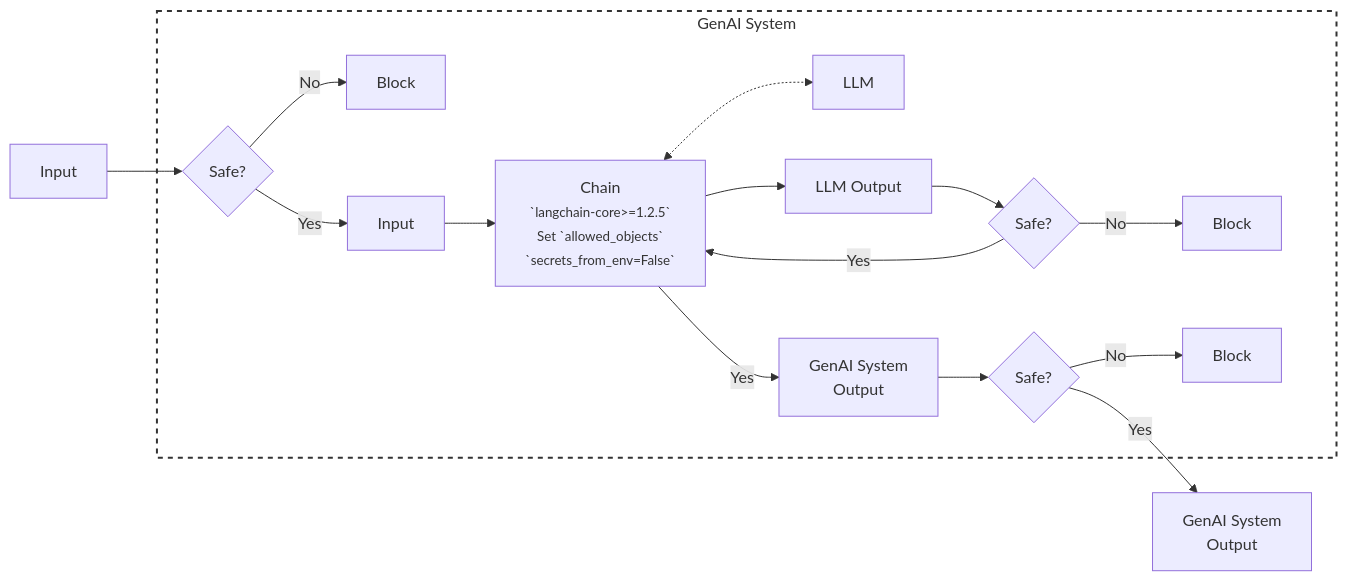
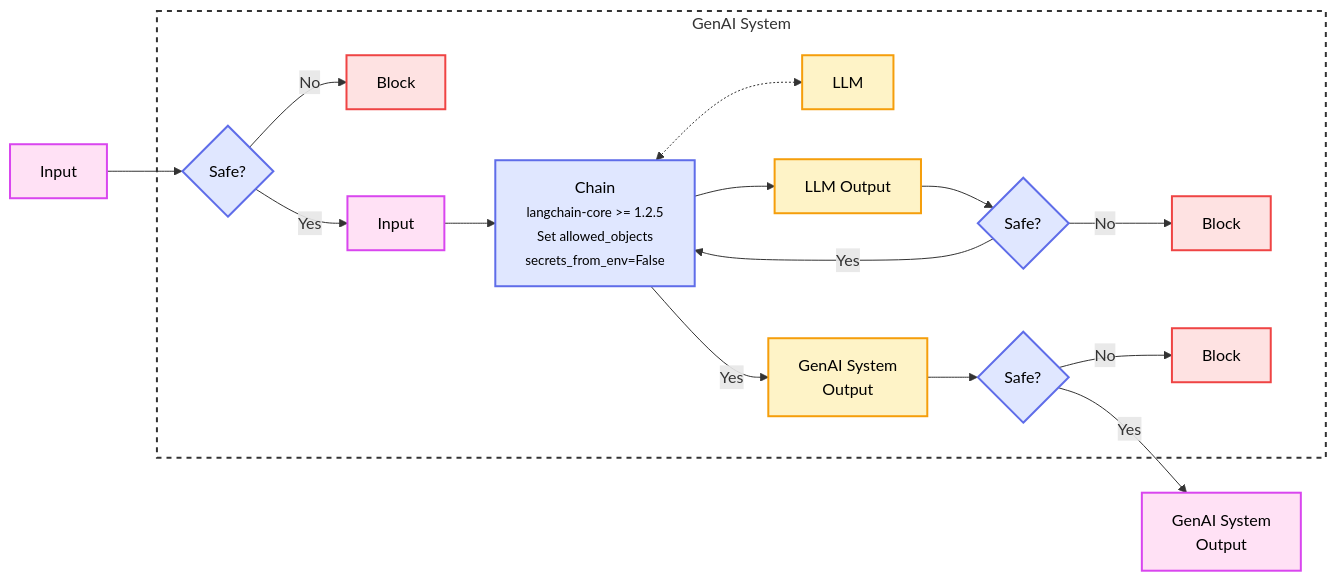
One commit to felipepenha/gurple changed the second of 2 diagrams in docs/threats/prompt_injection/deserialization.md. Above: the diagram before and after it, drawn with Mermaid. The commit also changed other lines of this file and 5 other files, not shown here.

Commit message:
style(threats): standardize mermaid diagrams and font styling

````diff
--- a/docs/threats/prompt_injection/deserialization.md
+++ b/docs/threats/prompt_injection/deserialization.md
@@ -312,42 +319,52 @@
 ```mermaid
 flowchart LR
 
-    InputA[Input]
+    InputA["Input"]
 
-    subgraph dashed_box [GenAI System]
-    Chain[Chain<br /><small>`langchain-core>=1.2.5`<br/ >Set `allowed_objects`<br />`secrets_from_env=False`</small>]
+    subgraph dashed_box ["GenAI System"]
+    Chain["<span style='color:#000'>Chain</span><br /><small style='color:#000'>langchain-core &gt;= 1.2.5<br />Set allowed_objects<br />secrets_from_env=False</small>"]
 
-    InputValidation{Safe?}
-    BlockInput[Block]
-    LLM[LLM]
-    InputB[Input]
-    LLMOutput[LLM Output]
-    LLMOutputValidation{Safe?}
-    BlockLLMOutput[Block]
-    AIOutput[GenAI System<br />Output]
-    AIOutputValidation{Safe?}
-    BlockAIOutput[Block]
+    InputValidation{"Safe?"}
+    BlockInput["Block"]
+    LLM["LLM"]
+    InputB["Input"]
+    LLMOutput["LLM Output"]
+    LLMOutputValidation{"Safe?"}
+    BlockLLMOutput["Block"]
+    AIOutput["<span style='color:#000'>GenAI System<br />Output</span>"]
+    AIOutputValidation{"Safe?"}
+    BlockAIOutput["Block"]
     end
 
-    FinalOutput[GenAI System<br />Output]
+    FinalOutput["<span style='color:#000'>GenAI System<br />Output</span>"]
 
     InputA --> InputValidation
-    InputValidation -- Yes --> InputB
-    InputValidation -- No --> BlockInput
+    InputValidation -- "Yes" --> InputB
+    InputValidation -- "No" --> BlockInput
 
     InputB --> Chain
 
     Chain <-.-> LLM
 
     Chain --> LLMOutput
     LLMOutput --> LLMOutputValidation
-    LLMOutputValidation -- Yes --> Chain
-    LLMOutputValidation -- No --> BlockLLMOutput
+    LLMOutputValidation -- "Yes" --> Chain
+    LLMOutputValidation -- "No" --> BlockLLMOutput
 
-    Chain -- Yes --> AIOutput
+    Chain -- "Yes" --> AIOutput
     AIOutput --> AIOutputValidation
-    AIOutputValidation -- Yes --> FinalOutput
-    AIOutputValidation -- No --> BlockAIOutput
+    AIOutputValidation -- "Yes" --> FinalOutput
+    AIOutputValidation -- "No" --> BlockAIOutput
+
+    classDef red fill:#fee2e2,stroke:#ef4444,stroke-width:2px,color:#000;
+    classDef yellow fill:#fef3c7,stroke:#f59e0b,stroke-width:2px,color:#000;
+    classDef blue fill:#e0e7ff,stroke:#5f6de9,stroke-width:2px,color:#000;
+    classDef purple fill:#ffe1f5,stroke:#d946ef,stroke-width:2px,color:#000;
+
+    class InputA,InputB,FinalOutput purple;
+    class InputValidation,LLMOutputValidation,AIOutputValidation,Chain blue;
+    class BlockInput,BlockLLMOutput,BlockAIOutput red;
+    class LLM,AIOutput,LLMOutput yellow;
 
     style dashed_box stroke-dasharray: 5 5, fill:none,stroke:#333,stroke-width:2px;
 ```
````
